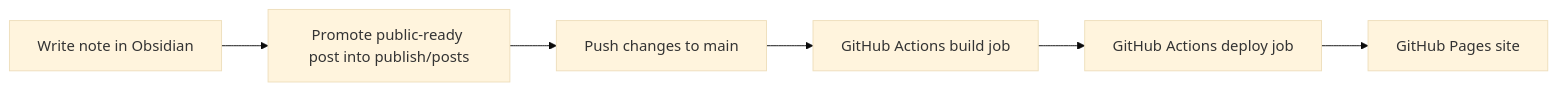
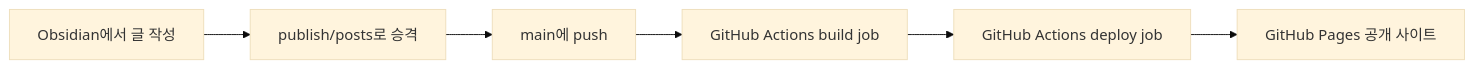
Before and after one commit to seonwook61/llmObsidianWiki: the diagram in ops/reports/2026-04-13-github-pages-ci-cd-retro.md, drawn with Mermaid (base theme). The commit also changed other lines of this file and 2 other files, not shown here.

````diff
--- a/ops/reports/2026-04-13-github-pages-ci-cd-retro.md
+++ b/ops/reports/2026-04-13-github-pages-ci-cd-retro.md
@@ -44,8 +45,8 @@
 ```mermaid
 flowchart LR
-  A["Write note in Obsidian"] --> B["Promote public-ready post into publish/posts"]
-  B --> C["Push changes to main"]
+  A["Obsidian에서 글 작성"] --> B["publish/posts로 승격"]
+  B --> C["main에 push"]
   C --> D["GitHub Actions build job"]
   D --> E["GitHub Actions deploy job"]
-  E --> F["GitHub Pages site"]
+  E --> F["GitHub Pages 공개 사이트"]
 ```
````
